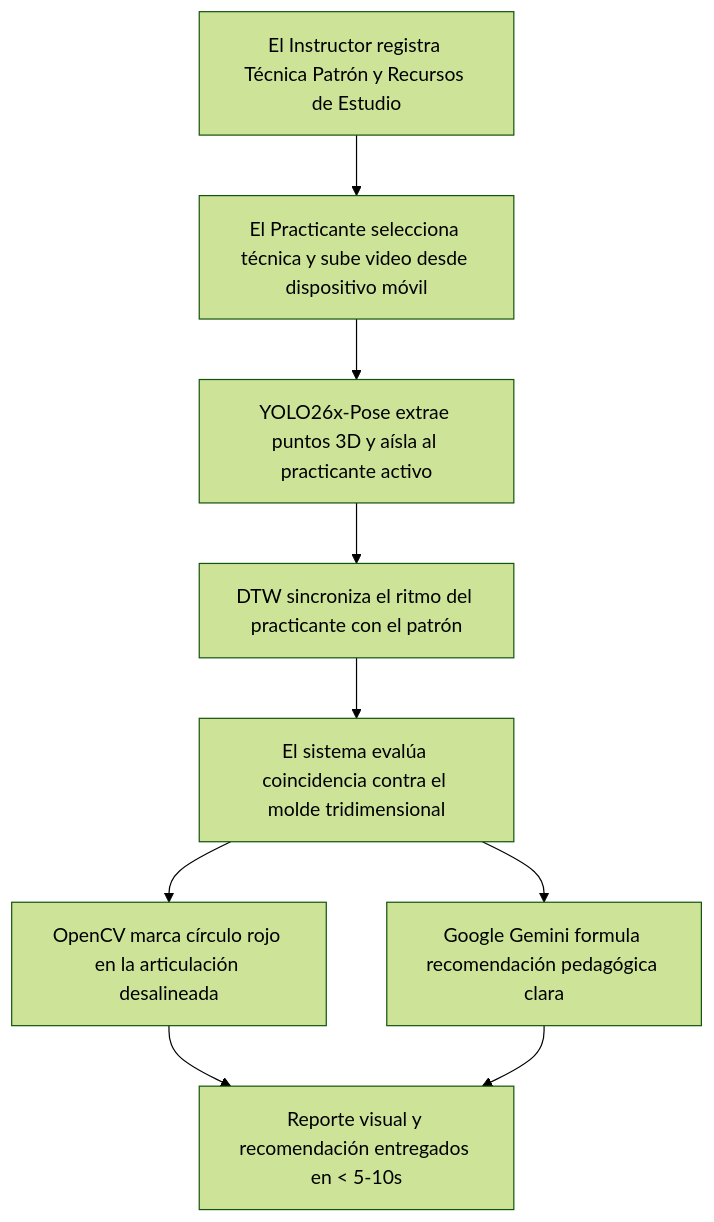
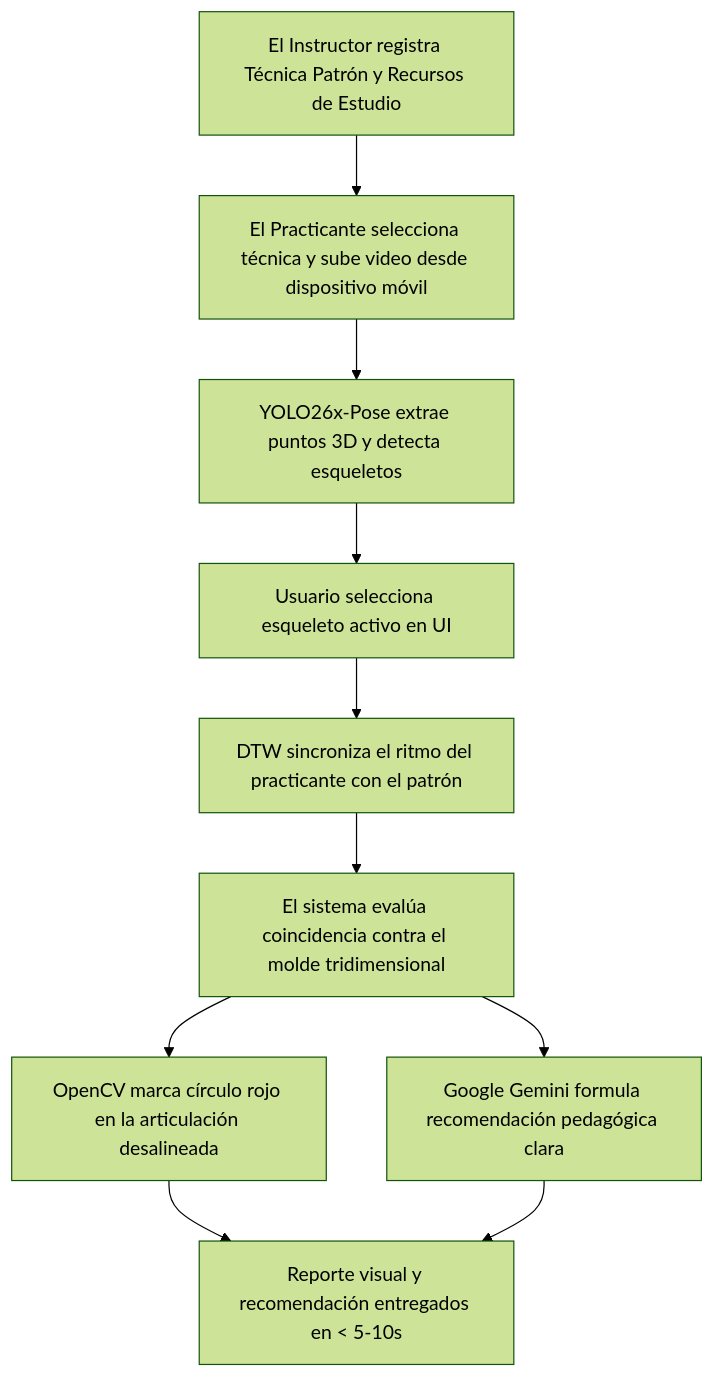
The third of 6 diagrams in README.md (Tsmrain/JiuJitsu), drawn with Mermaid (forest theme) before and after one commit. The commit also changed other lines of this file, not shown here.

````diff
--- a/README.md
+++ b/README.md
@@ -261,11 +246,12 @@
 ```mermaid
 flowchart TD
     A[El Instructor registra Técnica Patrón y Recursos de Estudio] --> B[El Practicante selecciona técnica y sube video desde dispositivo móvil]
-    B --> C[YOLO26x-Pose extrae puntos 3D y aísla al practicante activo]
-    C --> D[DTW sincroniza el ritmo del practicante con el patrón]
+    B --> C1[YOLO26x-Pose extrae puntos 3D y detecta esqueletos]
+    C1 --> C2[Usuario selecciona esqueleto activo en UI]
+    C2 --> D[DTW sincroniza el ritmo del practicante con el patrón]
     D --> E[El sistema evalúa coincidencia contra el molde tridimensional]
     E --> F[OpenCV marca círculo rojo en la articulación desalineada]
     E --> G[Google Gemini formula recomendación pedagógica clara]
     F --> H[Reporte visual y recomendación entregados en < 5-10s]
     G --> H
 ```
````
